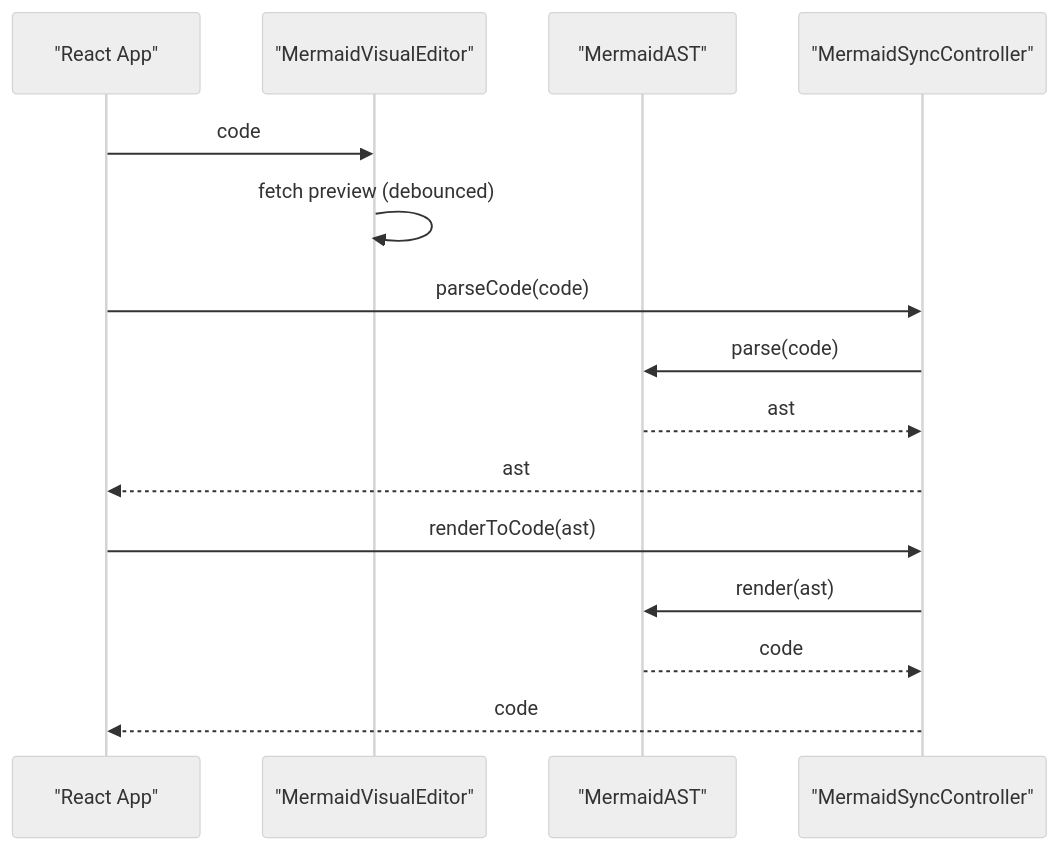
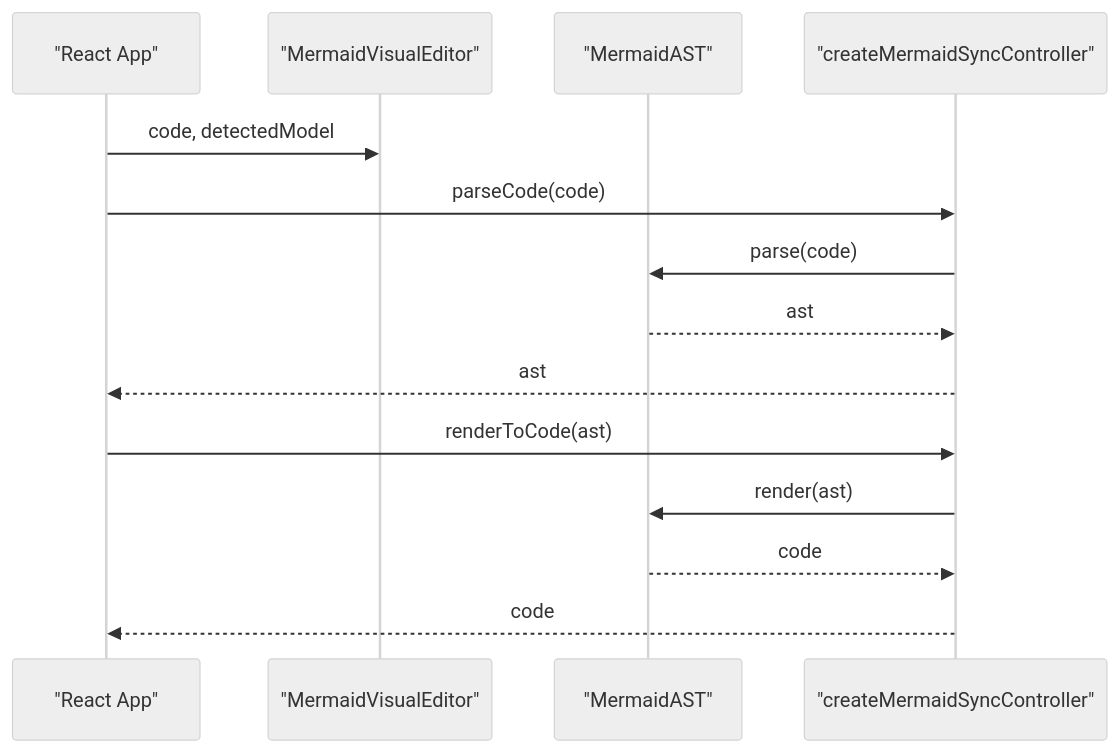
The fifth of 9 diagrams in .qoder/repowiki/en/content/Editor Architecture/Editor Architecture.md (ongchonghian/universal-diagram-editor), drawn with Mermaid (neutral theme) before and after one commit. The commit also changed other lines of this file and 31 other files, not shown here.

````diff
--- a/.qoder/repowiki/en/content/Editor Architecture/Editor Architecture.md
+++ b/.qoder/repowiki/en/content/Editor Architecture/Editor Architecture.md
@@ -231,17 +213,16 @@
 ```mermaid
 sequenceDiagram
 participant App as "React App"
 participant MVE as "MermaidVisualEditor"
 participant AST as "MermaidAST"
-participant Sync as "MermaidSyncController"
-App->>MVE : code
-MVE->>MVE : fetch preview (debounced)
+participant Sync as "createMermaidSyncController"
+App->>MVE : code, detectedModel
 App->>Sync : parseCode(code)
 Sync->>AST : parse(code)
 AST-->>Sync : ast
 Sync-->>App : ast
 App->>Sync : renderToCode(ast)
 Sync->>AST : render(ast)
 AST-->>Sync : code
 Sync-->>App : code
 ```
````
